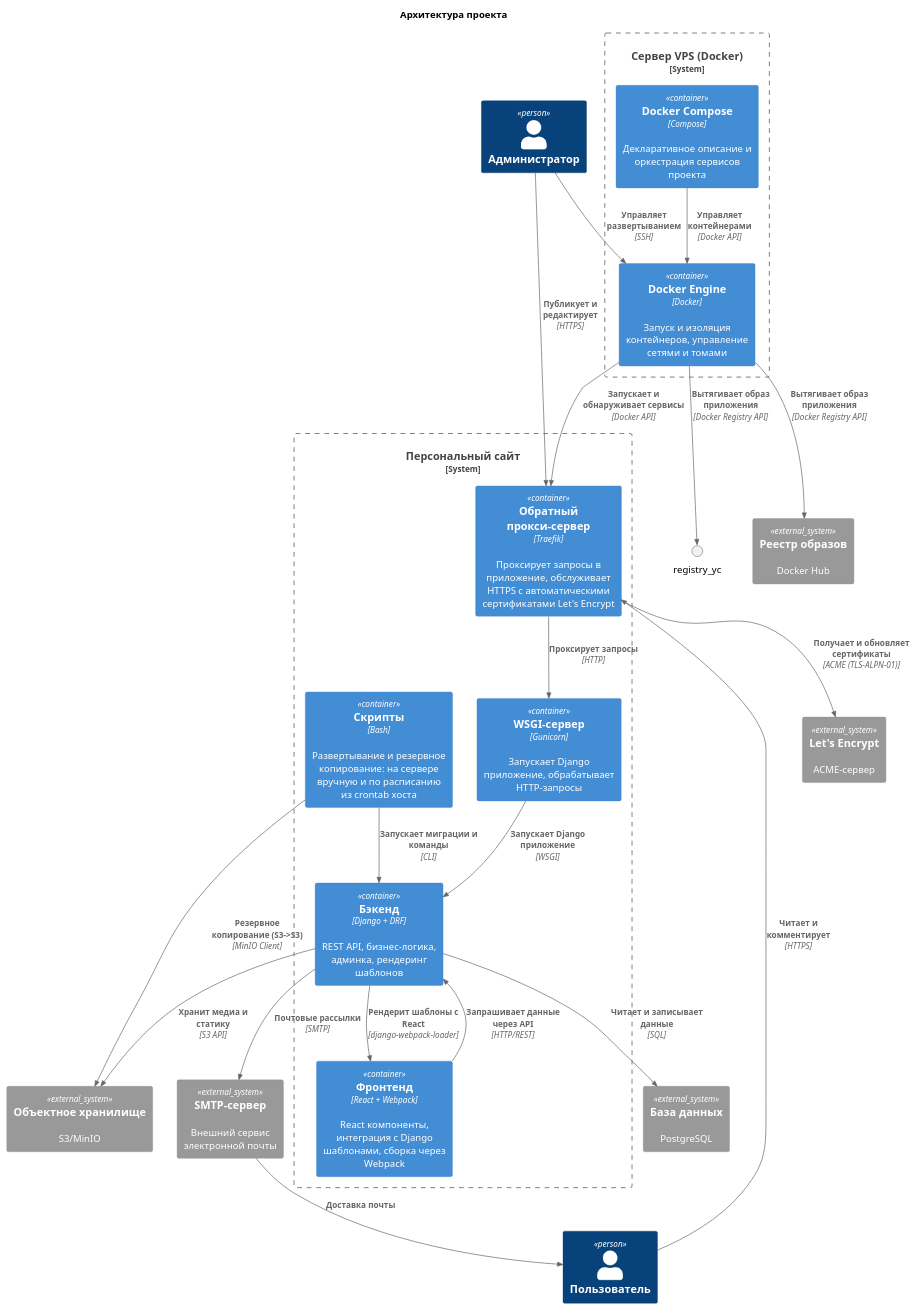
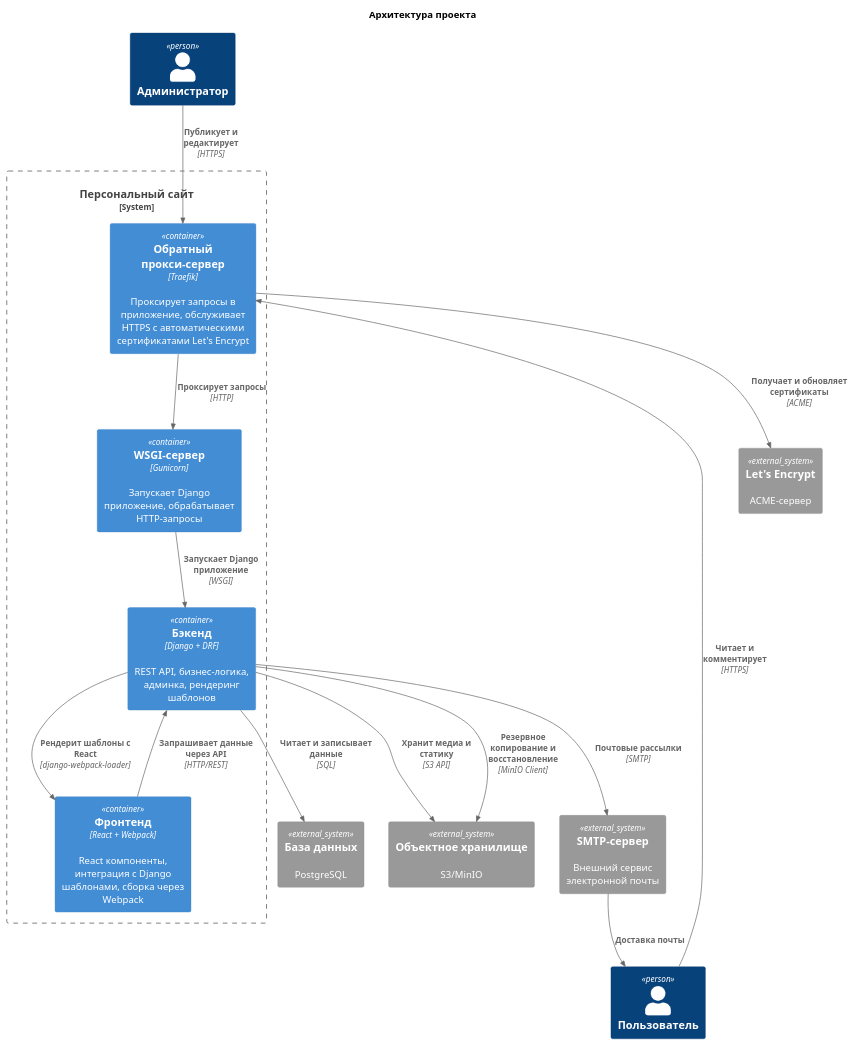
Before and after one commit to mikhpo/personal-website: the diagram in docs/diagrams/src/container.puml, drawn with PlantUML. The commit also changed 35 other files, not shown here.

```diff
--- a/docs/diagrams/src/container.puml
+++ b/docs/diagrams/src/container.puml
@@ -1,45 +1,34 @@
 @startuml container
 
 !include <C4/C4_Container>
 
 title Архитектура проекта
 
 Person(user, "Пользователь")
 Person(admin, "Администратор")
 System_Boundary(project, "Персональный сайт") {
     Container(traefik, "Обратный прокси-сервер", "Traefik", "Проксирует запросы в приложение, обслуживает HTTPS с автоматическими сертификатами Let's Encrypt")
     Container(gunicorn, "WSGI-сервер", "Gunicorn", "Запускает Django приложение, обрабатывает HTTP-запросы")
     Container(backend, "Бэкенд", "Django + DRF", "REST API, бизнес-логика, админка, рендеринг шаблонов")
     Container(frontend, "Фронтенд", "React + Webpack", "React компоненты, интеграция с Django шаблонами, сборка через Webpack")
-    Container(scripts, "Скрипты", "Bash", "Развертывание и резервное копирование: на сервере вручную и по расписанию из crontab хоста")
 }
-System_Boundary(server, "Сервер VPS (Docker)") {
-    Container(engine, "Docker Engine", "Docker", "Запуск и изоляция контейнеров, управление сетями и томами")
-    Container(compose, "Docker Compose", "Compose", "Декларативное описание и оркестрация сервисов проекта")
-}
-System_Ext(registry_hub, "Реестр образов", "Docker Hub")
+
 System_Ext(db, "База данных", "PostgreSQL")
 System_Ext(s3, "Объектное хранилище", "S3/MinIO")
 System_Ext(smtp, "SMTP-сервер", "Внешний сервис электронной почты")
 System_Ext(le, "Let's Encrypt", "ACME-сервер")
 
-Rel(admin, engine, "Управляет развертыванием", "SSH")
 Rel(user, traefik, "Читает и комментирует", "HTTPS")
 Rel(admin, traefik, "Публикует и редактирует", "HTTPS")
 Rel(traefik, gunicorn, "Проксирует запросы", "HTTP")
 Rel(gunicorn, backend, "Запускает Django приложение", "WSGI")
 Rel(backend, frontend, "Рендерит шаблоны с React", "django-webpack-loader")
 Rel(frontend, backend, "Запрашивает данные через API", "HTTP/REST")
 Rel(backend, db, "Читает и записывает данные", "SQL")
 Rel(backend, s3, "Хранит медиа и статику", "S3 API")
 Rel(backend, smtp, "Почтовые рассылки", "SMTP")
 Rel(smtp, user, "Доставка почты")
-Rel(scripts, backend, "Запускает миграции и команды", "CLI")
-Rel(scripts, s3, "Резервное копирование (S3->S3)", "MinIO Client")
-Rel(engine, traefik, "Запускает и обнаруживает сервисы", "Docker API")
-Rel(compose, engine, "Управляет контейнерами", "Docker API")
-Rel(engine, registry_hub, "Вытягивает образ приложения", "Docker Registry API")
-Rel(engine, registry_yc, "Вытягивает образ приложения", "Docker Registry API")
-Rel(traefik, le, "Получает и обновляет сертификаты", "ACME (TLS-ALPN-01)")
+Rel(backend, s3, "Резервное копирование и восстановление", "MinIO Client")
+Rel(traefik, le, "Получает и обновляет сертификаты", "ACME")
 
 @enduml
```
